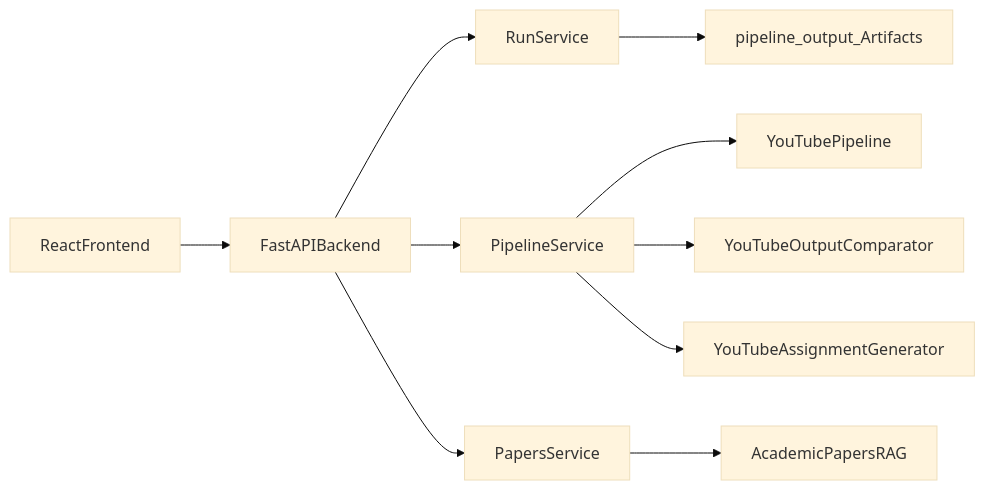
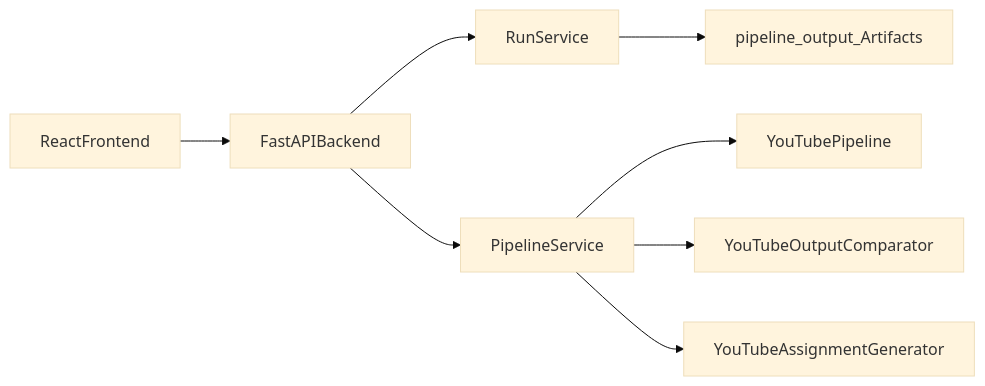
The diagram in README.md (vikas794/atlas), drawn with Mermaid (base theme) before and after one commit. The commit also changed other lines of this file and 16 other files, not shown here.

First line of the commit message:
﻿feat(papers): remove academic papers RAG module

````diff
--- a/README.md
+++ b/README.md
@@ -47,12 +41,10 @@
 ```mermaid
 flowchart LR
   ReactFrontend[ReactFrontend] --> FastAPIBackend[FastAPIBackend]
   FastAPIBackend --> RunService[RunService]
   FastAPIBackend --> PipelineService[PipelineService]
-  FastAPIBackend --> PapersService[PapersService]
   RunService --> PipelineArtifacts[pipeline_output_Artifacts]
   PipelineService --> YouTubePipeline[YouTubePipeline]
   PipelineService --> YouTubeComparator[YouTubeOutputComparator]
   PipelineService --> AssignmentGenerator[YouTubeAssignmentGenerator]
-  PapersService --> AcademicPapersRAG[AcademicPapersRAG]
 ```
````
